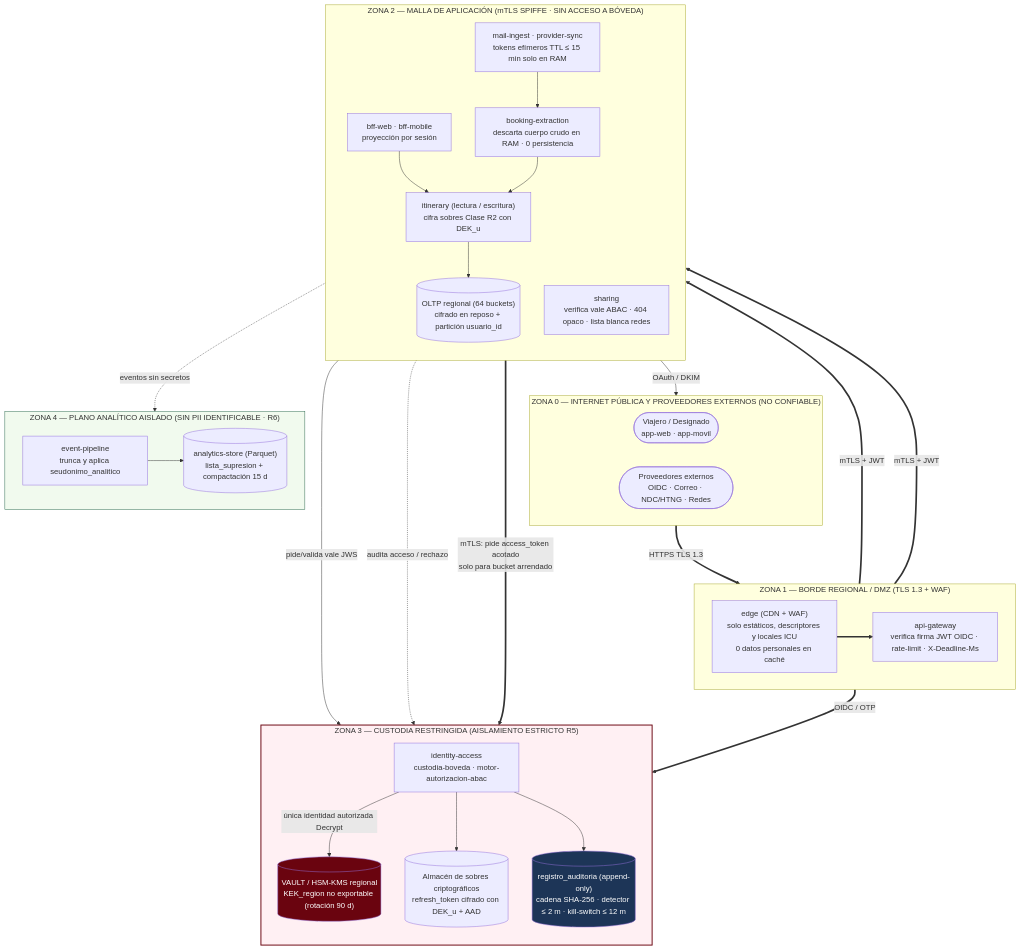
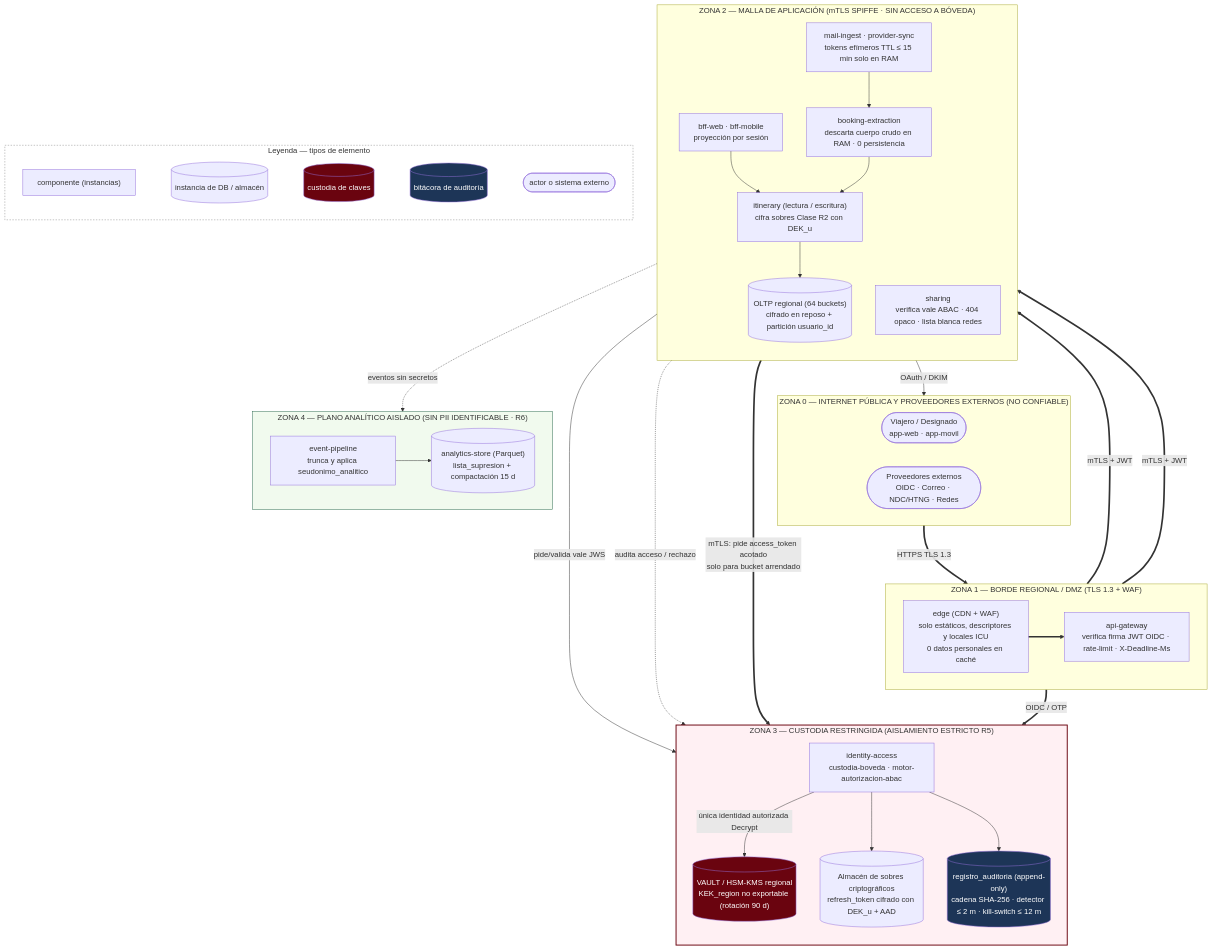
One commit to JereAguilar1/TPE-ing1 changed the first of 3 diagrams in docs/04-vistas/vista-seguridad-y-datos.md. Above: the diagram before and after it, drawn with Mermaid. The commit also changed other lines of this file and 50 other files, not shown here.

````diff
--- a/docs/04-vistas/vista-seguridad-y-datos.md
+++ b/docs/04-vistas/vista-seguridad-y-datos.md
@@ -25,60 +25,73 @@
 ```mermaid
 flowchart TB
     subgraph Z0["ZONA 0 — INTERNET PÚBLICA Y PROVEEDORES EXTERNOS (NO CONFIABLE)"]
         direction LR
         ACT_U(["Viajero / Designado<br/>app-web · app-movil"])
         ACT_EXT(["Proveedores externos<br/>OIDC · Correo · NDC/HTNG · Redes"])
     end
 
     subgraph Z1["ZONA 1 — BORDE REGIONAL / DMZ (TLS 1.3 + WAF)"]
         direction LR
         S_EDGE["edge (CDN + WAF)<br/>solo estáticos, descriptores y locales ICU<br/>0 datos personales en caché"]
         S_GW["api-gateway<br/>verifica firma JWT OIDC · rate-limit · X-Deadline-Ms"]
     end
 
     subgraph Z2["ZONA 2 — MALLA DE APLICACIÓN (mTLS SPIFFE · SIN ACCESO A BÓVEDA)"]
         direction TB
         S_BFF["bff-web · bff-mobile<br/>proyección por sesión"]
         S_SH["sharing<br/>verifica vale ABAC · 404 opaco · lista blanca redes"]
         S_IT["itinerary (lectura / escritura)<br/>cifra sobres Clase R2 con DEK_u"]
         S_ING["mail-ingest · provider-sync<br/>tokens efímeros TTL ≤ 15 min solo en RAM"]
         S_BE["booking-extraction<br/>descarta cuerpo crudo en RAM · 0 persistencia"]
         S_OLTP[("OLTP regional (64 buckets)<br/>cifrado en reposo + partición usuario_id")]
     end
 
     subgraph Z3["ZONA 3 — CUSTODIA RESTRINGIDA (AISLAMIENTO ESTRICTO R5)"]
         direction TB
         S_IDA["identity-access<br/>custodia-boveda · motor-autorizacion-abac"]
         S_KMS[("VAULT / HSM-KMS regional<br/>KEK_region no exportable (rotación 90 d)")]
         S_TOK[("Almacén de sobres criptográficos<br/>refresh_token cifrado con DEK_u + AAD")]
         S_AUD[("registro_auditoria (append-only)<br/>cadena SHA-256 · detector ≤ 2 m · kill-switch ≤ 12 m")]
         S_IDA -->|"única identidad autorizada Decrypt"| S_KMS
         S_IDA --> S_TOK
         S_IDA --> S_AUD
     end
 
     subgraph Z4["ZONA 4 — PLANO ANALÍTICO AISLADO (SIN PII IDENTIFICABLE · R6)"]
         direction LR
         S_PIPE["event-pipeline<br/>trunca y aplica seudonimo_analitico"]
         S_PARQ[("analytics-store (Parquet)<br/>lista_supresion + compactación 15 d")]
         S_PIPE --> S_PARQ
     end
 
     ACT_U ==>|"HTTPS TLS 1.3"| S_EDGE ==> S_GW
     S_GW ==>|"mTLS + JWT"| S_BFF
     S_GW ==>|"mTLS + JWT"| S_SH
     S_GW ==>|"OIDC / OTP"| S_IDA
 
     S_BFF --> S_IT --> S_OLTP
     S_SH -->|"pide/valida vale JWS"| S_IDA
     S_SH -.->|"audita acceso / rechazo"| S_AUD
     S_ING ==>|"mTLS: pide access_token acotado<br/>solo para bucket arrendado"| S_IDA
     S_ING -->|"OAuth / DKIM"| ACT_EXT
     S_ING --> S_BE --> S_IT
     S_IT -.->|"eventos sin secretos"| S_PIPE
 
     style Z3 fill:#fff0f3,stroke:#6a040f,stroke-width:2px
     style S_KMS fill:#6a040f,color:#fff
     style S_AUD fill:#1d3557,color:#fff
     style Z4 fill:#f1faee,stroke:#2d6a4f
+
+    subgraph LEYENDA["Leyenda — tipos de elemento"]
+        direction LR
+        LEY_CMP["componente (instancias)"]
+        LEY_DB[("instancia de DB / almacén")]
+        LEY_KMS[("custodia de claves")]
+        LEY_AUD[("bitácora de auditoría")]
+        LEY_EXT(["actor o sistema externo"])
+        LEY_CMP ~~~ LEY_DB ~~~ LEY_KMS ~~~ LEY_AUD ~~~ LEY_EXT
+    end
+    style LEY_KMS fill:#6a040f,color:#fff
+    style LEY_AUD fill:#1d3557,color:#fff
+    style LEYENDA fill:#ffffff,stroke:#888,stroke-dasharray: 3 3
 ```
````
